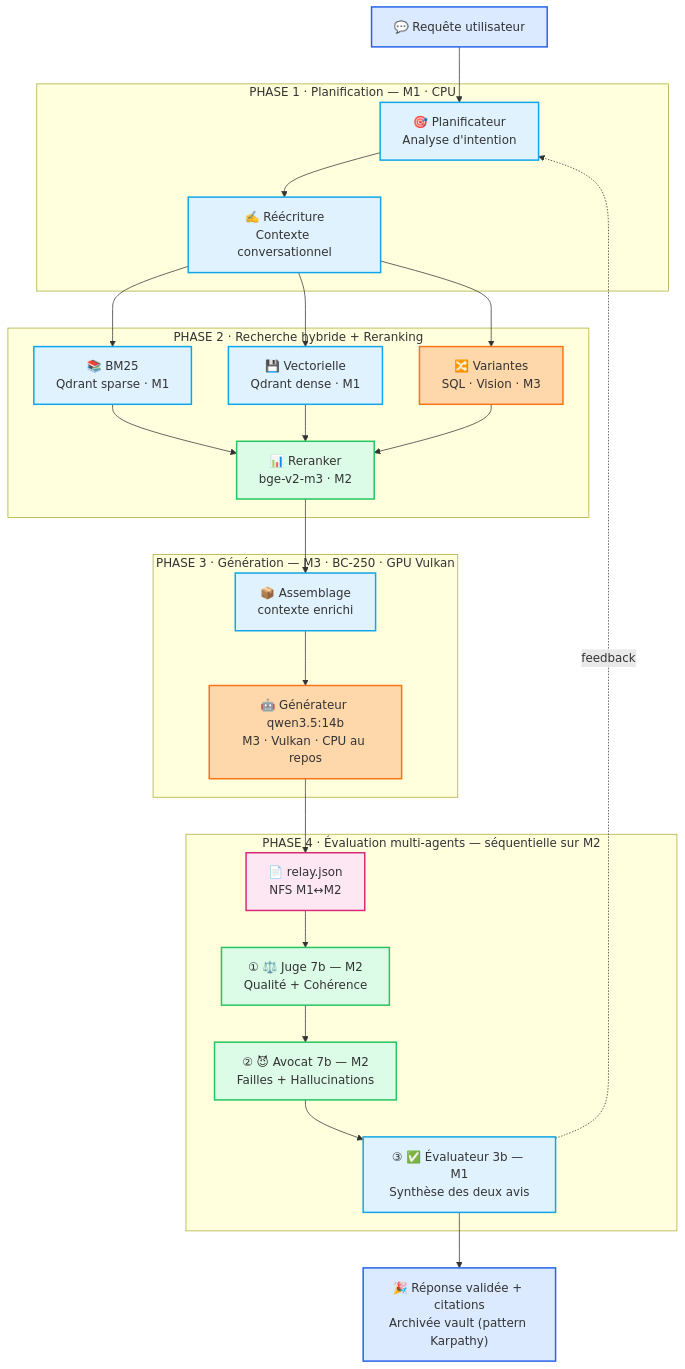
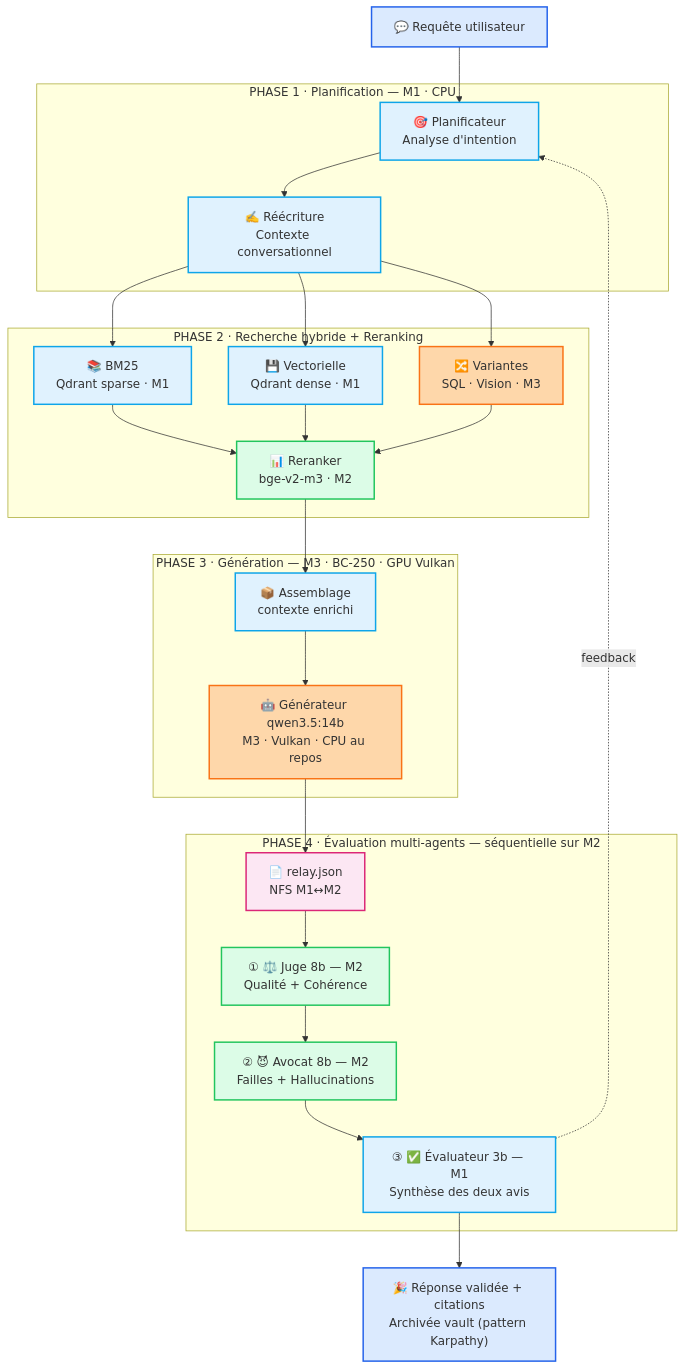
The diagram in docs/diagrams/03-query-flow.md (chelmooz/rag-multi-agent-cluster), drawn with Mermaid before and after one commit. The commit also changed 8 other files, not shown here.

````diff
--- a/docs/diagrams/03-query-flow.md
+++ b/docs/diagrams/03-query-flow.md
@@ -1,51 +1,51 @@
 ```mermaid
 flowchart TB
     classDef m1 fill:#e0f2fe,stroke:#0ea5e9,stroke-width:2px
     classDef m2 fill:#dcfce7,stroke:#22c55e,stroke-width:2px
     classDef m3 fill:#fed7aa,stroke:#f97316,stroke-width:2px
     classDef relay fill:#fce7f3,stroke:#db2777,stroke-width:2px
     classDef front fill:#dbeafe,stroke:#2563eb,stroke-width:2px
 
     Query["💬 Requête utilisateur"]:::front
 
     subgraph P1["PHASE 1 · Planification — M1 · CPU"]
         Plan["🎯 Planificateur<br/>Analyse d'intention"]:::m1
         Rewrite["✍️ Réécriture<br/>Contexte conversationnel"]:::m1
     end
 
     subgraph P2["PHASE 2 · Recherche hybride + Reranking"]
         BM25["📚 BM25<br/>Qdrant sparse · M1"]:::m1
         VecSearch["💾 Vectorielle<br/>Qdrant dense · M1"]:::m1
         Variants["🔀 Variantes<br/>SQL · Vision · M3"]:::m3
         Rerank["📊 Reranker<br/>bge-v2-m3 · M2"]:::m2
     end
 
     subgraph P3["PHASE 3 · Génération — M3 · BC-250 · GPU Vulkan"]
         Assemble["📦 Assemblage<br/>contexte enrichi"]:::m1
         Gen["🤖 Générateur qwen3.5:14b<br/>M3 · Vulkan · CPU au repos"]:::m3
     end
 
     subgraph P4["PHASE 4 · Évaluation multi-agents — séquentielle sur M2"]
         Relay["📄 relay.json<br/>NFS M1↔M2"]:::relay
-        Judge["① ⚖️ Juge 7b — M2<br/>Qualité + Cohérence"]:::m2
-        Advocate["② 😈 Avocat 7b — M2<br/>Failles + Hallucinations"]:::m2
+        Judge["① ⚖️ Juge 8b — M2<br/>Qualité + Cohérence"]:::m2
+        Advocate["② 😈 Avocat 8b — M2<br/>Failles + Hallucinations"]:::m2
         Evaluator["③ ✅ Évaluateur 3b — M1<br/>Synthèse des deux avis"]:::m1
     end
 
     Answer["🎉 Réponse validée + citations<br/>Archivée vault (pattern Karpathy)"]:::front
 
     Query --> Plan --> Rewrite
     Rewrite --> BM25
     Rewrite --> VecSearch
     Rewrite --> Variants
     BM25 --> Rerank
     VecSearch --> Rerank
     Variants --> Rerank
     Rerank --> Assemble --> Gen --> Relay
     Relay --> Judge --> Advocate --> Evaluator
     Evaluator -.->|feedback| Plan
     Evaluator --> Answer
 
     %% Conventions : trait plein = synchrone, pointillé = asynchrone/feedback
     %% ①②③ étapes séquentielles de l'évaluation (1 seul modèle chargé à la fois sur RTX 4000)
 ```
````
